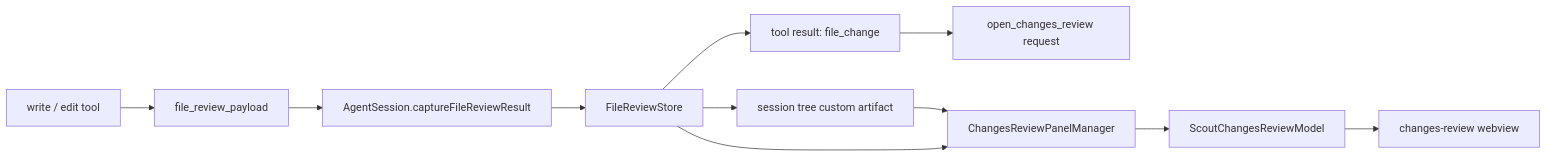
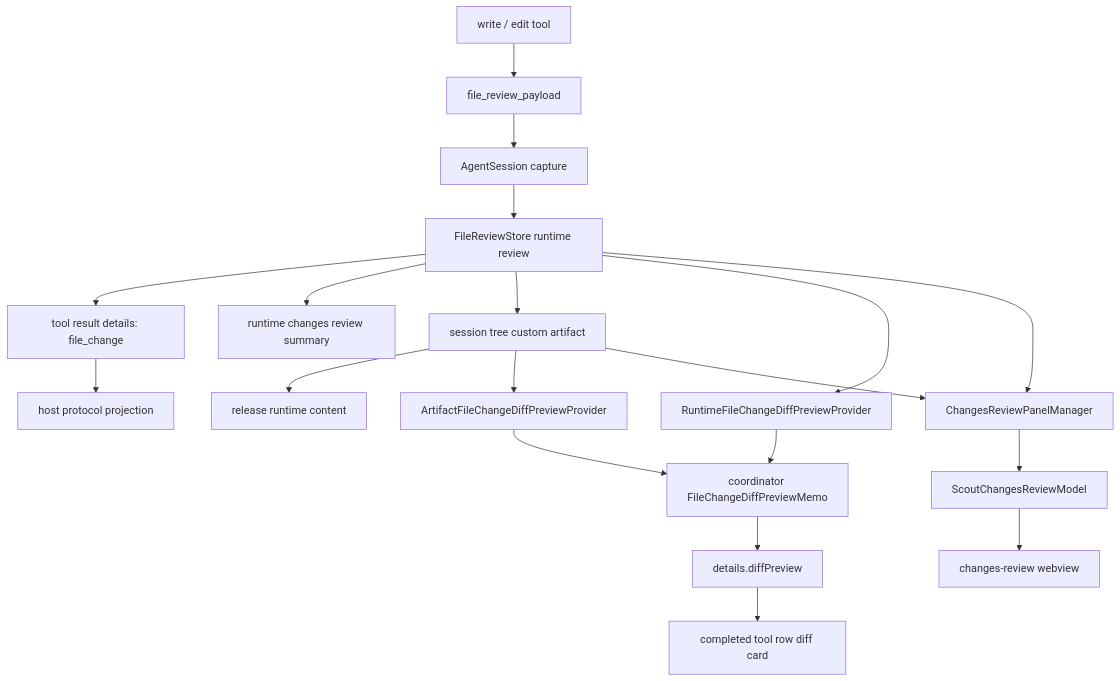
The diagram in docs/changes-review-diff.md (NH-99-FE/scoutAgent), drawn with Mermaid before and after one commit. The commit also changed other lines of this file, not shown here.

First line of the commit message:
docs: :memo: 更新文件变更审查差异说明

````diff
--- a/docs/changes-review-diff.md
+++ b/docs/changes-review-diff.md
@@ -20,13 +10,23 @@
 ```mermaid
-flowchart LR
+flowchart TD
   Tool["write / edit tool"] --> Payload["file_review_payload"]
-  Payload --> Session["AgentSession.captureFileReviewResult"]
-  Session --> Store["FileReviewStore"]
-  Store --> Chat["tool result: file_change"]
+  Payload --> AgentSession["AgentSession capture"]
+  AgentSession --> Store["FileReviewStore runtime review"]
+  Store --> FileChange["tool result details: file_change"]
+  Store --> RuntimeSummary["runtime changes review summary"]
   Store --> Artifact["session tree custom artifact"]
-  Chat --> OpenReq["open_changes_review request"]
-  Artifact --> Host["ChangesReviewPanelManager"]
-  Store --> Host
-  Host --> Model["ScoutChangesReviewModel"]
-  Model --> Webview["changes-review webview"]
+  Artifact --> Released["release runtime content"]
+
+  FileChange --> HostProjection["host protocol projection"]
+  Store --> DiffProvider["RuntimeFileChangeDiffPreviewProvider"]
+  Artifact --> ArtifactProvider["ArtifactFileChangeDiffPreviewProvider"]
+  DiffProvider --> Memo["coordinator FileChangeDiffPreviewMemo"]
+  ArtifactProvider --> Memo
+  Memo --> DiffPreview["details.diffPreview"]
+  DiffPreview --> Chat["completed tool row diff card"]
+
+  Store --> Panel["ChangesReviewPanelManager"]
+  Artifact --> Panel
+  Panel --> ReviewModel["ScoutChangesReviewModel"]
+  ReviewModel --> ReviewWebview["changes-review webview"]
 ```
````
